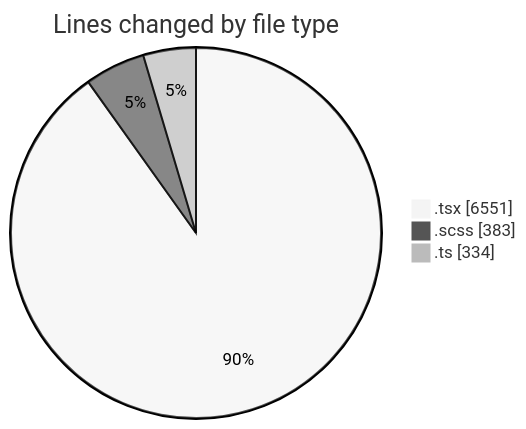
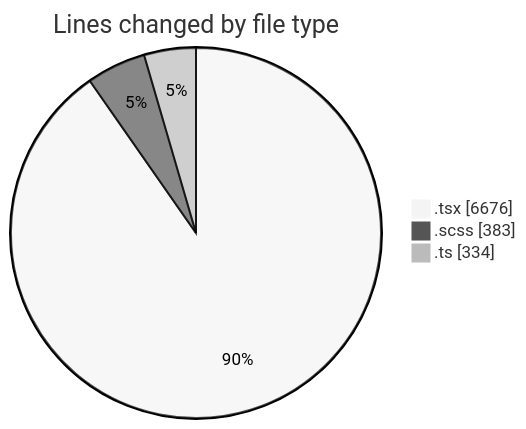
One commit to momahboobian/code-tracking changed the first of 2 diagrams in 2025-07-03/cda/README.md. Above: the diagram before and after it, drawn with Mermaid (neutral theme). The commit also changed other lines of this file and 1 other file, not shown here.

````diff
--- a/2025-07-03/cda/README.md
+++ b/2025-07-03/cda/README.md
@@ -41,7 +42,7 @@
 ```mermaid
 pie showData
 title Lines changed by file type
-".tsx" : 6551
+".tsx" : 6676
 ".scss" : 383
 ".ts" : 334
 ```
````
